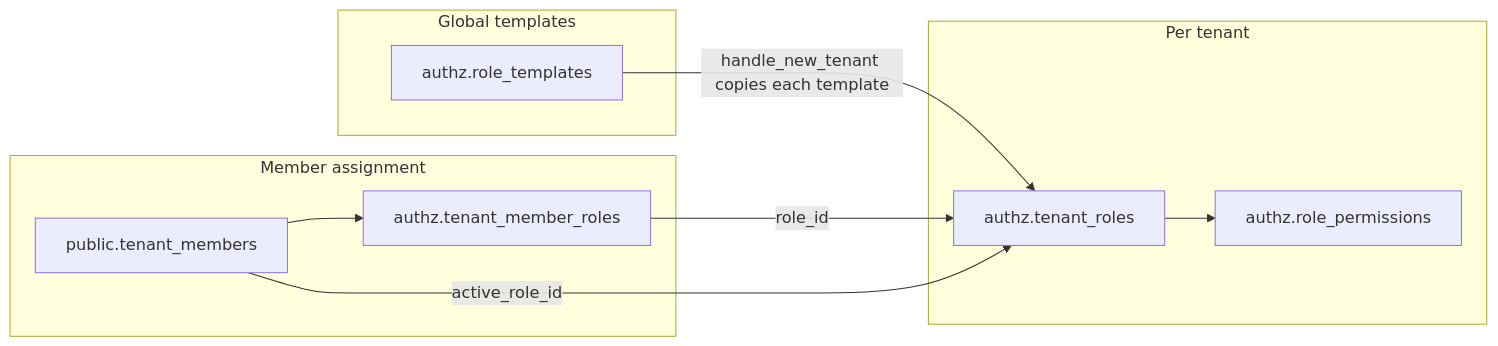
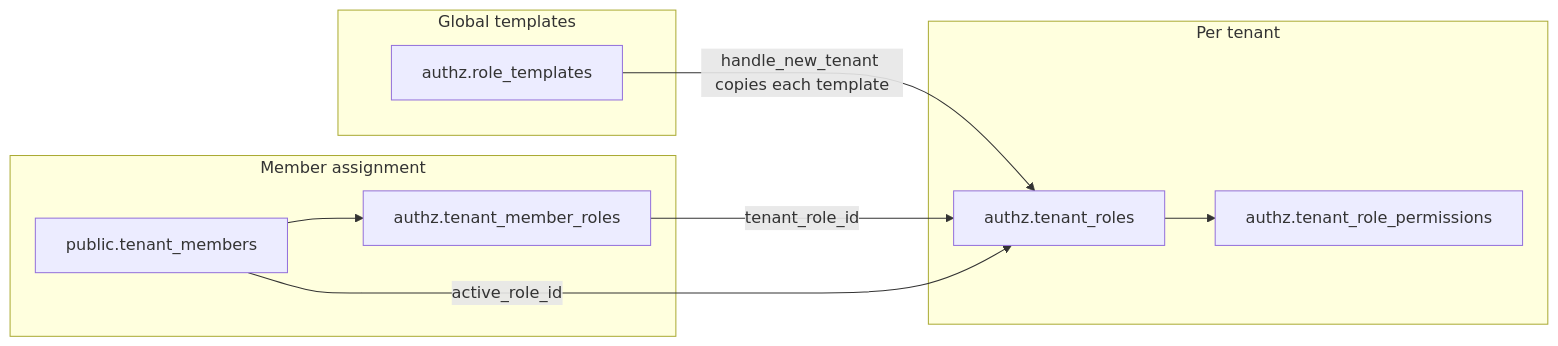
One commit to itsamitkat-work/kkm-infra changed the diagram in supabase/plans/auth.md. Above: the diagram before and after it, drawn with Mermaid. The commit also changed other lines of this file and 9 other files, not shown here.

````diff
--- a/supabase/plans/auth.md
+++ b/supabase/plans/auth.md
@@ -99,19 +99,19 @@
 ```mermaid
 flowchart LR
   subgraph templates [Global templates]
     RT[authz.role_templates]
   end
   subgraph perTenant [Per tenant]
     TR[authz.tenant_roles]
-    RP[authz.role_permissions]
+    TRP[authz.tenant_role_permissions]
   end
   subgraph assignment [Member assignment]
     TM[public.tenant_members]
     TMR[authz.tenant_member_roles]
   end
   RT -->|"handle_new_tenant copies each template"| TR
-  TR --> RP
+  TR --> TRP
   TM --> TMR
-  TMR -->|"role_id"| TR
+  TMR -->|"tenant_role_id"| TR
   TM -->|"active_role_id"| TR
 ```
````
